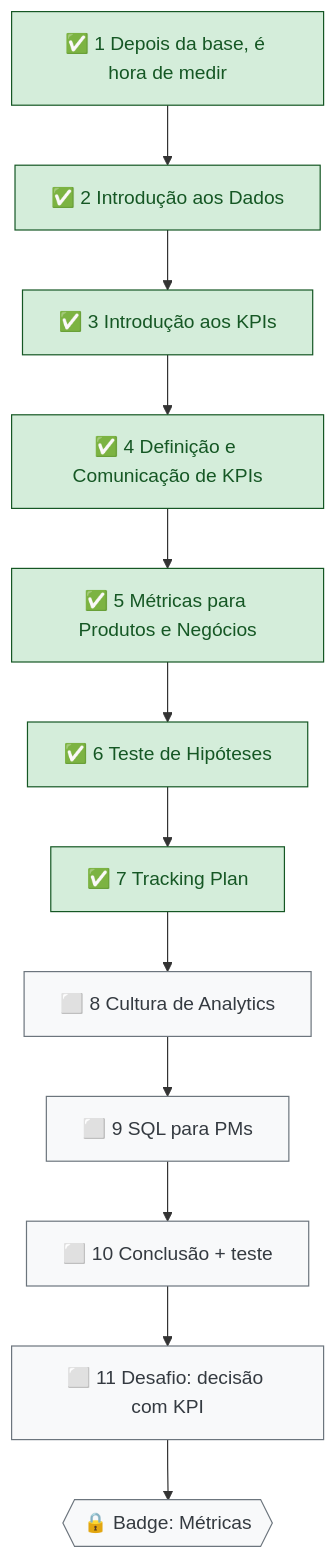
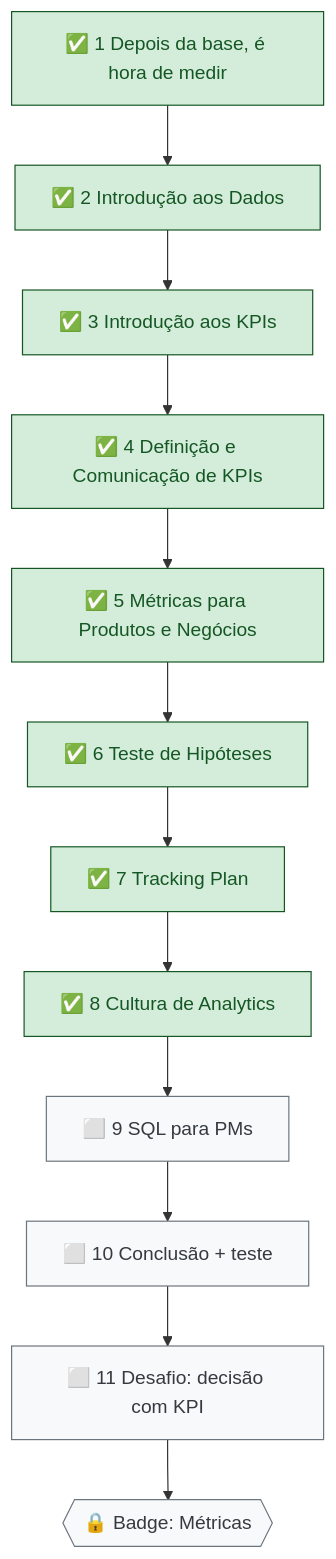
One commit to letsprown-code/po-learning-journal changed the third of 3 diagrams in mapa-de-estudos.md. Above: the diagram before and after it, drawn with Mermaid. The commit also changed other lines of this file and 3 other files, not shown here.

First line of the commit message:
DPL 02 aula 8: Cultura de Analytics e Planejamento de Testes

```diff
--- a/mapa-de-estudos.md
+++ b/mapa-de-estudos.md
@@ -104,12 +104,12 @@
 ~~~mermaid
 flowchart TD
     N1["✅ 1 Depois da base, é hora de medir"] --> N2["✅ 2 Introdução aos Dados"] --> N3["✅ 3 Introdução aos KPIs"]
     N3 --> N4["✅ 4 Definição e Comunicação de KPIs"] --> N5["✅ 5 Métricas para Produtos e Negócios"] --> N6["✅ 6 Teste de Hipóteses"]
-    N6 --> N7["✅ 7 Tracking Plan"] --> N8["⬜ 8 Cultura de Analytics"] --> N9["⬜ 9 SQL para PMs"]
+    N6 --> N7["✅ 7 Tracking Plan"] --> N8["✅ 8 Cultura de Analytics"] --> N9["⬜ 9 SQL para PMs"]
     N9 --> N10["⬜ 10 Conclusão + teste"] --> N11["⬜ 11 Desafio: decisão com KPI"]
     N11 --> B2{{"🔒 Badge: Métricas"}}
     classDef done fill:#d4edda,stroke:#155724,color:#155724
     classDef todo fill:#f8f9fa,stroke:#6c757d,color:#343a40
-    class N1,N2,N3,N4,N5,N6,N7 done
-    class N8,N9,N10,N11,B2 todo
+    class N1,N2,N3,N4,N5,N6,N7,N8 done
+    class N9,N10,N11,B2 todo
 ~~~
```
